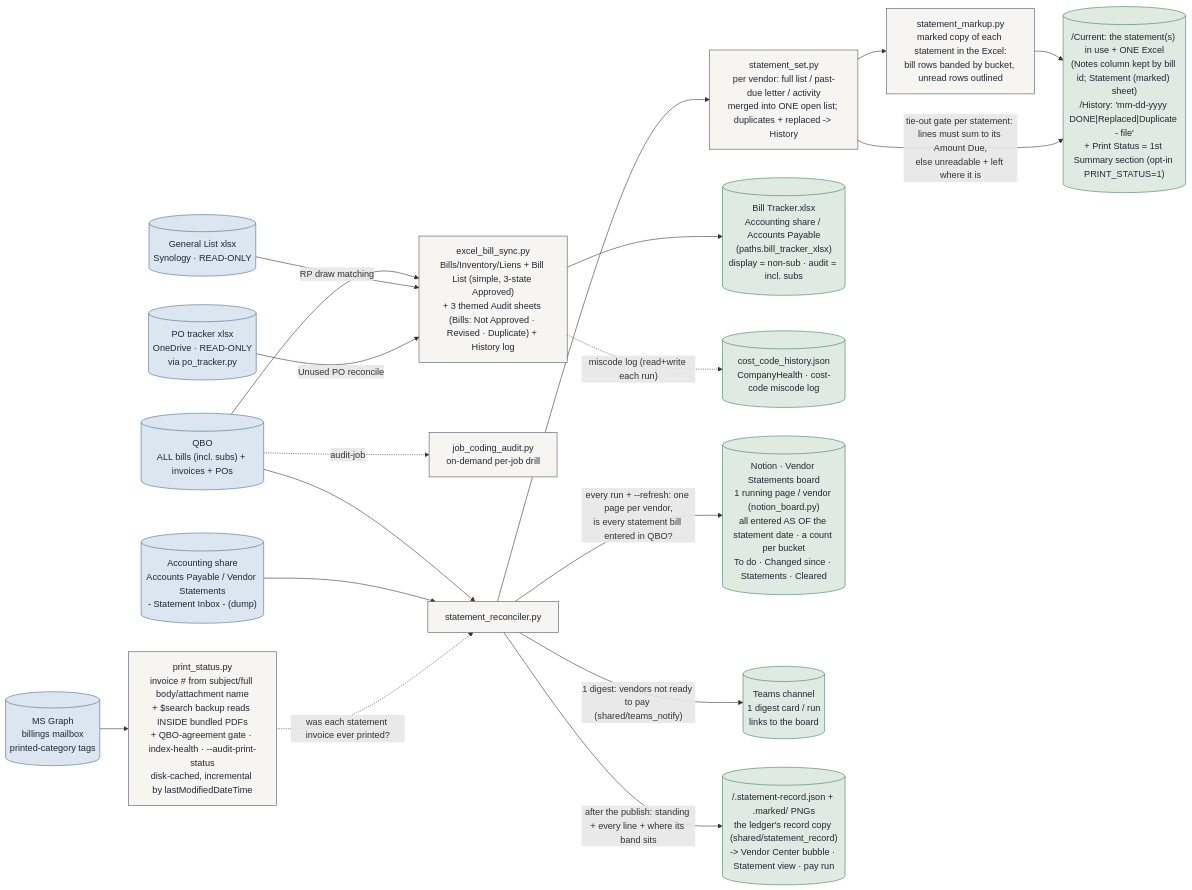
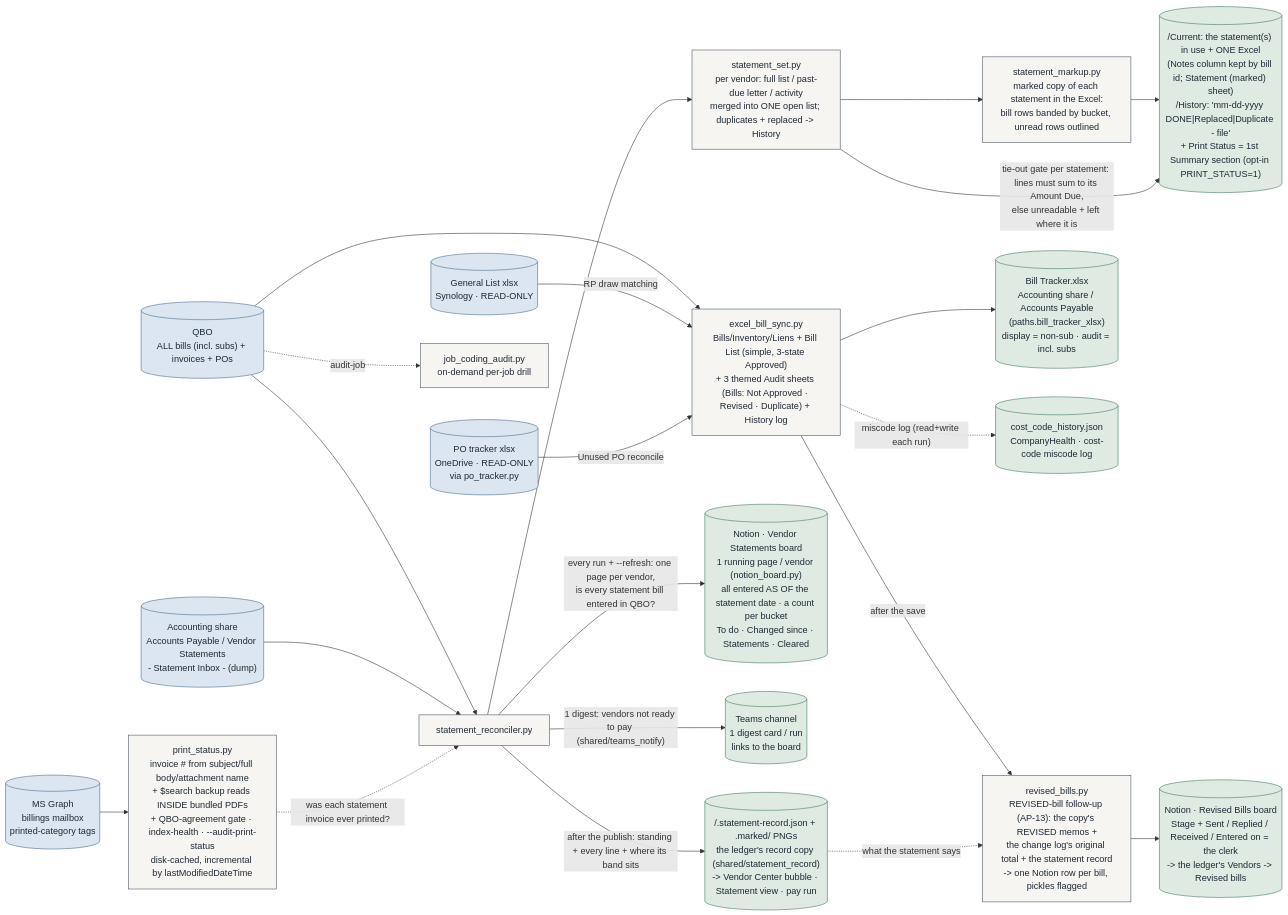
Before and after one commit to Ecarlo-Proficient/Claude-Report: the third of 8 diagrams in docs/ARCHITECTURE.md, drawn with Mermaid. The commit also changed other lines of this file and 14 other files, not shown here.

````diff
--- a/docs/ARCHITECTURE.md
+++ b/docs/ARCHITECTURE.md
@@ -274,37 +274,41 @@
 ```mermaid
 flowchart LR
     classDef src fill:#dbe6f0,stroke:#4A6B8A,color:#1f2937
     classDef tool fill:#f6f5f1,stroke:#4b5563,color:#1f2937
     classDef out fill:#dfeae2,stroke:#3E7A5C,color:#1f2937
 
     QBO[("QBO\nALL bills (incl. subs) + invoices + POs")]:::src
     NAS[("Accounting share\nAccounts Payable / Vendor Statements\n- Statement Inbox - (dump)")]:::src
     GL[("General List xlsx\nSynology · READ-ONLY")]:::src
     POT[("PO tracker xlsx\nOneDrive · READ-ONLY\nvia po_tracker.py")]:::src
     MBX[("MS Graph\nbillings mailbox\nprinted-category tags")]:::src
     BT["excel_bill_sync.py\nBills/Inventory/Liens + Bill List (simple, 3-state Approved)\n+ 3 themed Audit sheets (Bills: Not Approved · Revised · Duplicate) + History log"]:::tool
     JCA["job_coding_audit.py\non-demand per-job drill"]:::tool
+    RV["revised_bills.py\nREVISED-bill follow-up (AP-13): the copy's REVISED memos +\nthe change log's original total + the statement record\n-> one Notion row per bill, pickles flagged"]:::tool
+    RVB[("Notion · Revised Bills board\nStage + Sent / Replied / Received / Entered on = the clerk\n-> the ledger's Vendors -> Revised bills")]:::out
     SR["statement_reconciler.py"]:::tool
     SS["statement_set.py\nper vendor: full list / past-due letter / activity\nmerged into ONE open list; duplicates + replaced -> History"]:::tool
     SM["statement_markup.py\nmarked copy of each statement in the Excel:\nbill rows banded by bucket, unread rows outlined"]:::tool
     PS["print_status.py\ninvoice # from subject/full body/attachment name\n+ $search backup reads INSIDE bundled PDFs\n+ QBO-agreement gate · index-health · --audit-print-status\ndisk-cached, incremental by lastModifiedDateTime"]:::tool
     BX[("Bill Tracker.xlsx\nAccounting share / Accounts Payable\n(paths.bill_tracker_xlsx)\ndisplay = non-sub · audit = incl. subs")]:::out
     CCH[("cost_code_history.json\nCompanyHealth · cost-code miscode log")]:::out
     RX[("<Vendor>/Current: the statement(s) in use + ONE Excel\n(Notes column kept by bill id; Statement (marked) sheet)\n<Vendor>/History: 'mm-dd-yyyy DONE|Replaced|Duplicate - file'\n+ Print Status = 1st Summary section (opt-in PRINT_STATUS=1)")]:::out
     NB[("Notion · Vendor Statements board\n1 running page / vendor (notion_board.py)\nall entered AS OF the statement date · a count per bucket\nTo do · Changed since · Statements · Cleared")]:::out
     TEAMS[("Teams channel\n1 digest card / run\nlinks to the board")]:::out
     LREC[("<Vendor>/.statement-record.json + .marked/ PNGs\nthe ledger's record copy (shared/statement_record)\n-> Vendor Center bubble · Statement view · pay run")]:::out
 
     QBO --> BT --> BX
     BT -. "miscode log (read+write each run)" .-> CCH
     QBO -. "audit-job" .-> JCA
+    BT -- "after the save" --> RV --> RVB
+    LREC -. "what the statement says" .-> RV
     GL -- "RP draw matching" --> BT
     POT -- "Unused PO reconcile" --> BT
     QBO --> SR
     SS --> SM --> RX
     NAS --> SR --> SS -- "tie-out gate per statement: lines must sum to its Amount Due,\nelse unreadable + left where it is" --> RX
     SR -- "every run + --refresh: one page per vendor,\nis every statement bill entered in QBO?" --> NB
     SR -- "1 digest: vendors not ready to pay (shared/teams_notify)" --> TEAMS
     SR -- "after the publish: standing + every line + where its band sits" --> LREC
     MBX --> PS -. "was each statement invoice ever printed?" .-> SR
 ```
````
